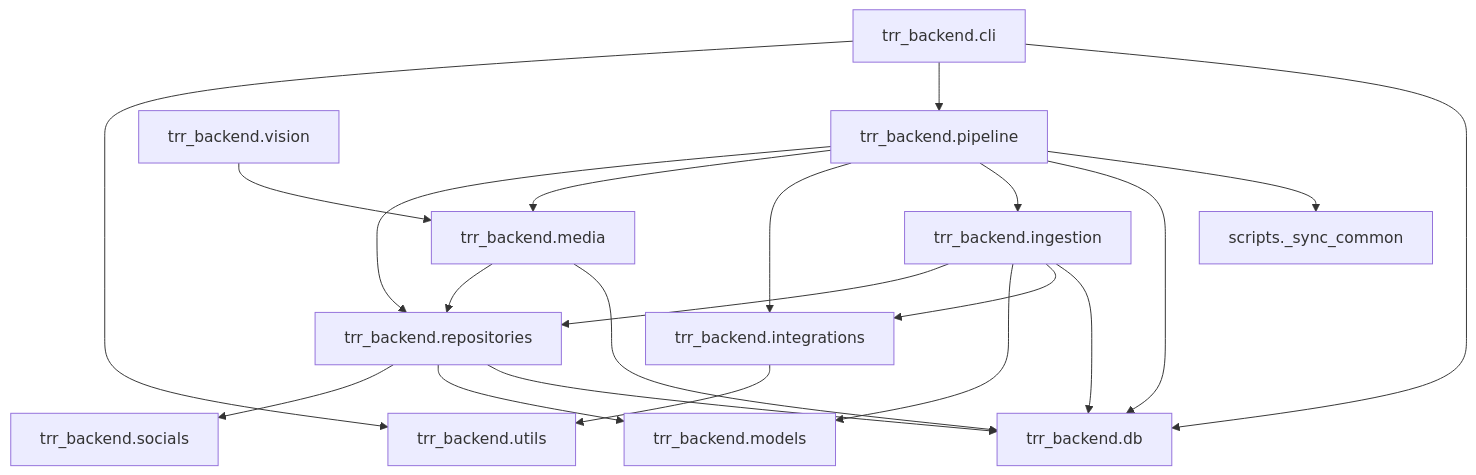
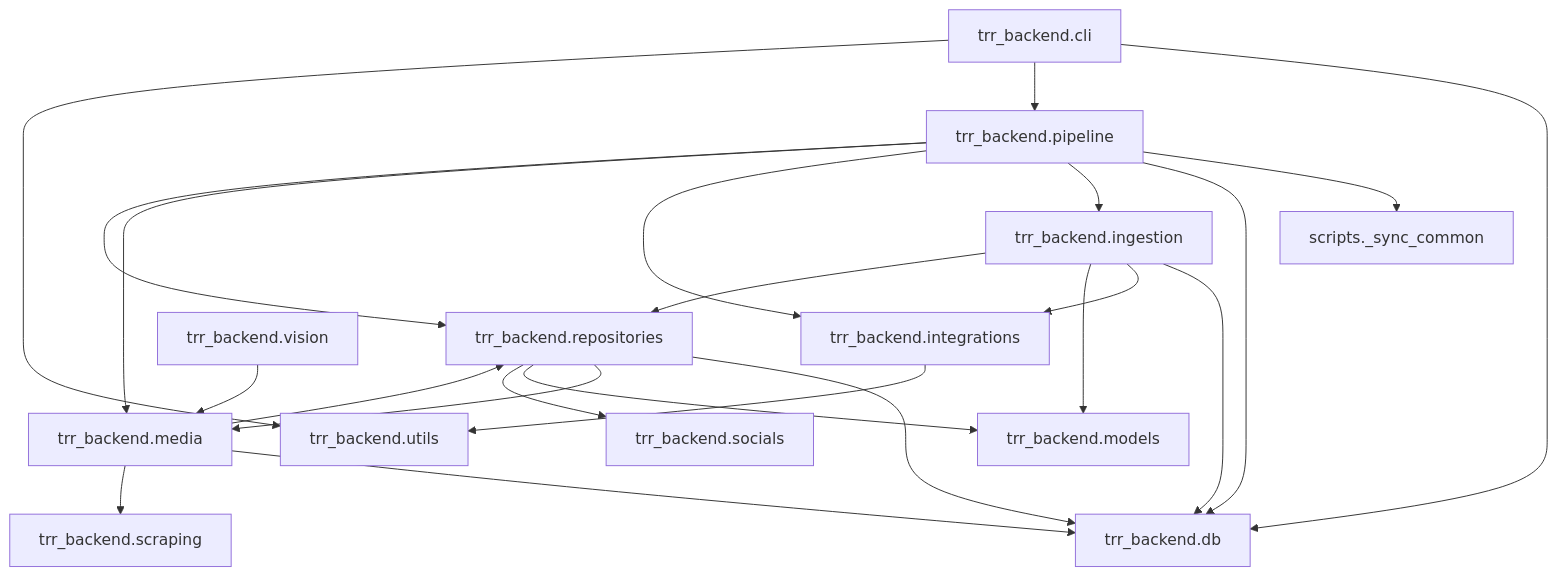
One commit to therealityreport/trr-backend changed the diagram in docs/Repository/generated/CODE_IMPORT_GRAPH.md. Above: the diagram before and after it, drawn with Mermaid. The commit also changed 12 other files, not shown here.

Commit message:
docs: refresh generated repository map and schema diagrams

````diff
--- a/docs/Repository/generated/CODE_IMPORT_GRAPH.md
+++ b/docs/Repository/generated/CODE_IMPORT_GRAPH.md
@@ -3,36 +3,39 @@
 ```mermaid
 flowchart TB
     n0["scripts._sync_common"]
     n1["trr_backend.cli"]
     n2["trr_backend.db"]
     n3["trr_backend.ingestion"]
     n4["trr_backend.integrations"]
     n5["trr_backend.media"]
     n6["trr_backend.models"]
     n7["trr_backend.pipeline"]
     n8["trr_backend.repositories"]
-    n9["trr_backend.socials"]
-    n10["trr_backend.utils"]
-    n11["trr_backend.vision"]
+    n9["trr_backend.scraping"]
+    n10["trr_backend.socials"]
+    n11["trr_backend.utils"]
+    n12["trr_backend.vision"]
 
     n1 --> n2
     n1 --> n7
-    n1 --> n10
+    n1 --> n11
     n3 --> n2
     n3 --> n4
     n3 --> n6
     n3 --> n8
-    n4 --> n10
+    n4 --> n11
     n5 --> n2
     n5 --> n8
+    n5 --> n9
     n7 --> n0
     n7 --> n2
     n7 --> n3
     n7 --> n4
     n7 --> n5
     n7 --> n8
     n8 --> n2
+    n8 --> n5
     n8 --> n6
-    n8 --> n9
-    n11 --> n5
+    n8 --> n10
+    n12 --> n5
 ```
````
